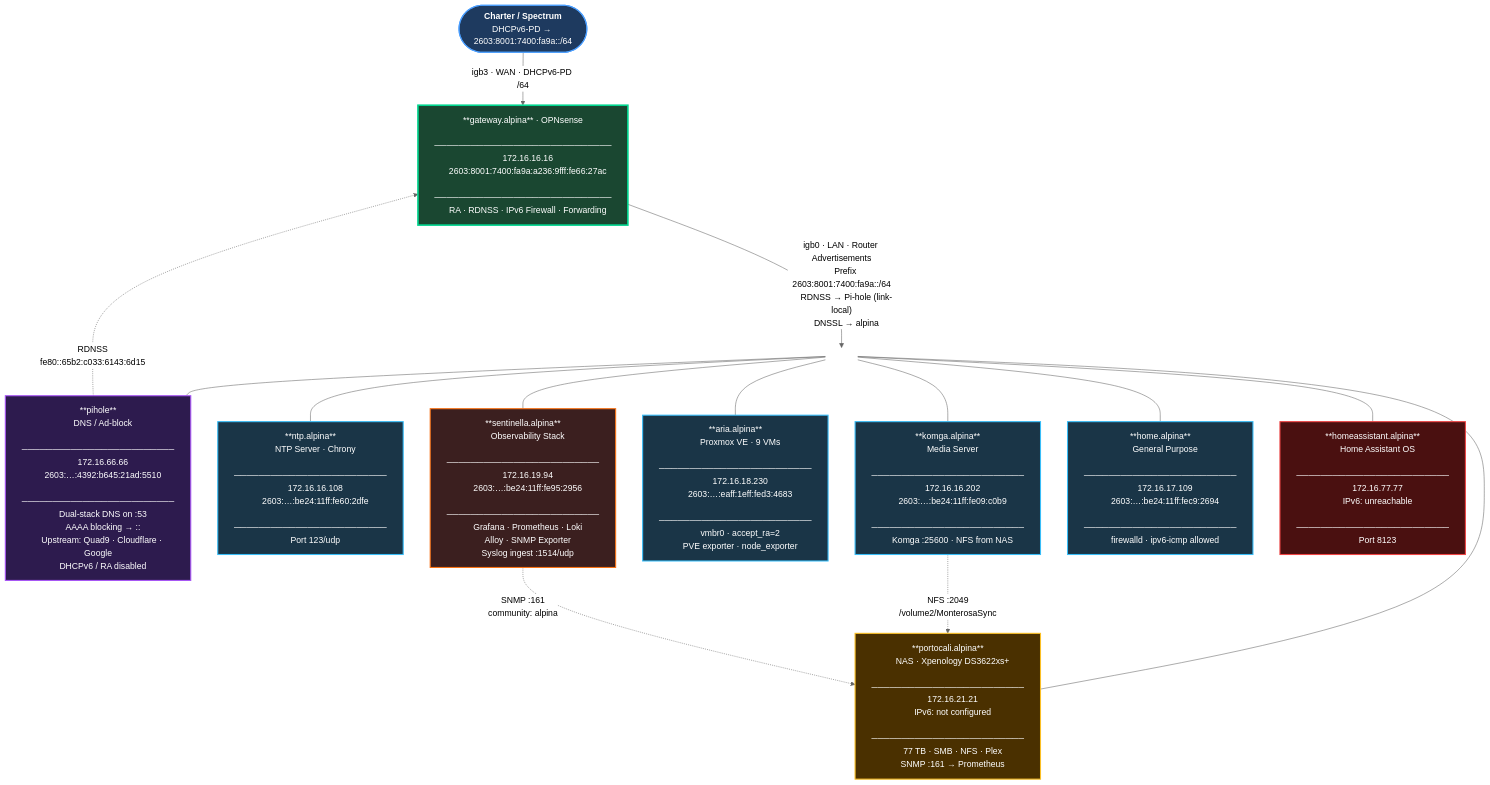
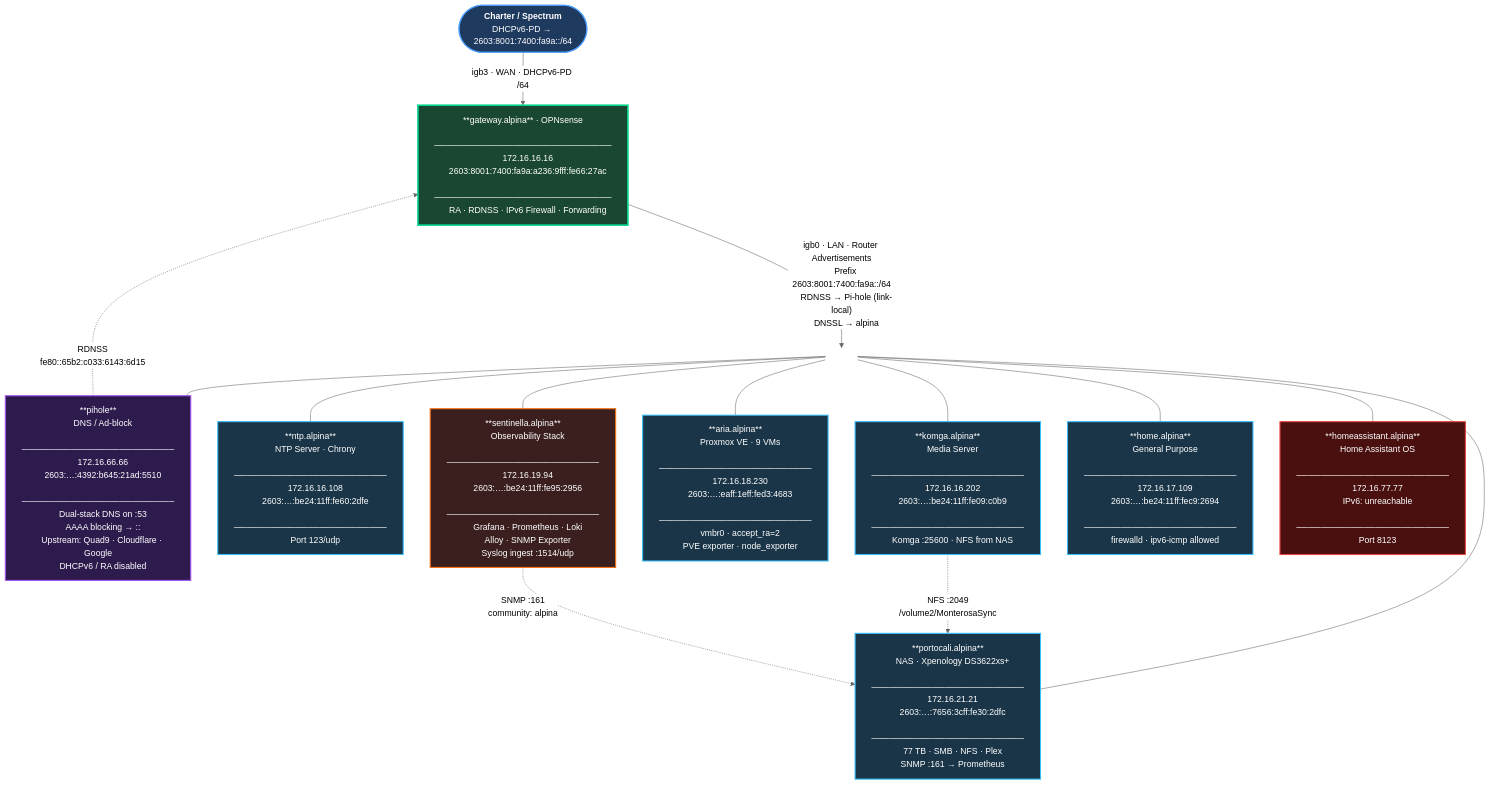
The first of 5 diagrams in docs/network-diagram.md (ParkWardRR/server.alpina-cleanup), drawn with Mermaid (neutral theme) before and after one commit. The commit also changed other lines of this file and 4 other files, not shown here.

````diff
--- a/docs/network-diagram.md
+++ b/docs/network-diagram.md
@@ -91,7 +91,7 @@
     NAS · Xpenology DS3622xs+
     ─────────────────────────
     172.16.21.21
-    IPv6: not configured
+    2603:…:7656:3cff:fe30:2dfc
     ─────────────────────────
     77 TB · SMB · NFS · Plex
     SNMP :161 → Prometheus"]
@@ -122,6 +122,6 @@
     style PROX fill:#1a3547,stroke:#38bdf8,color:#fff,stroke-width:2px
     style KOMGA fill:#1a3547,stroke:#38bdf8,color:#fff,stroke-width:2px
     style HOME fill:#1a3547,stroke:#38bdf8,color:#fff,stroke-width:2px
-    style NAS fill:#4a3000,stroke:#fbbf24,color:#fff,stroke-width:2px
+    style NAS fill:#1a3547,stroke:#38bdf8,color:#fff,stroke-width:2px
     style HAOS fill:#4a1010,stroke:#ef4444,color:#fff,stroke-width:2px
 ```
````
